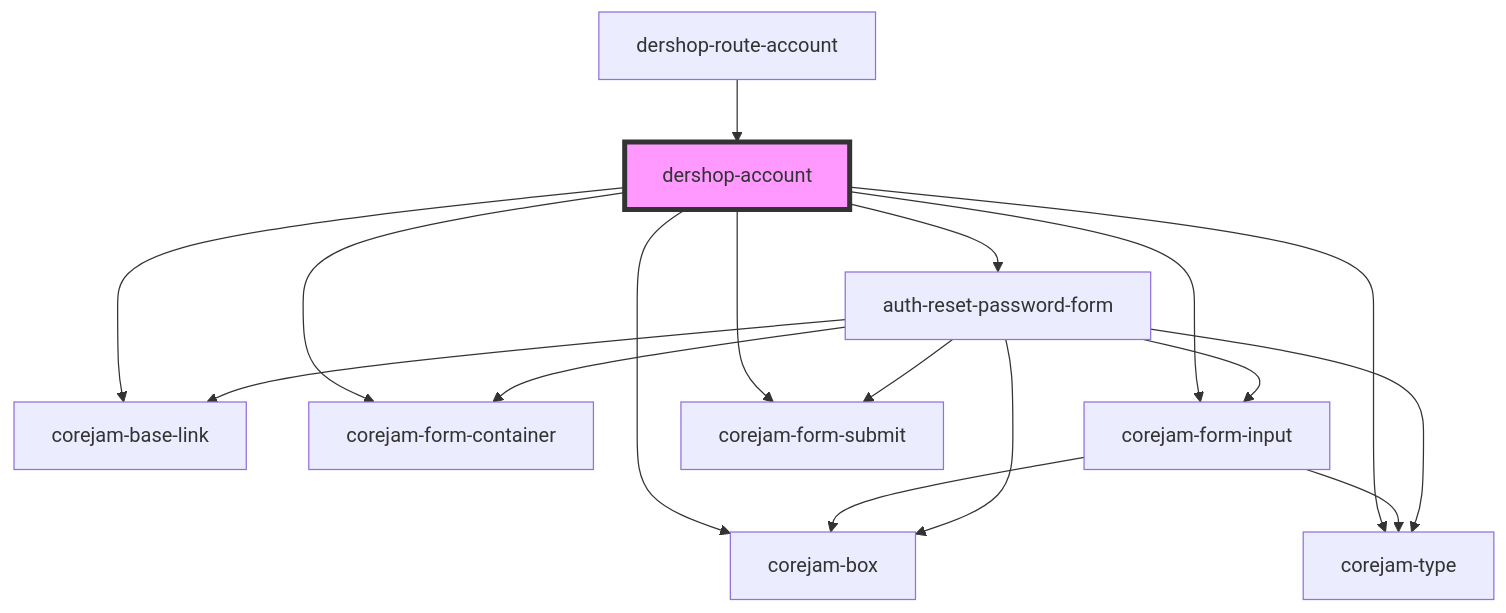
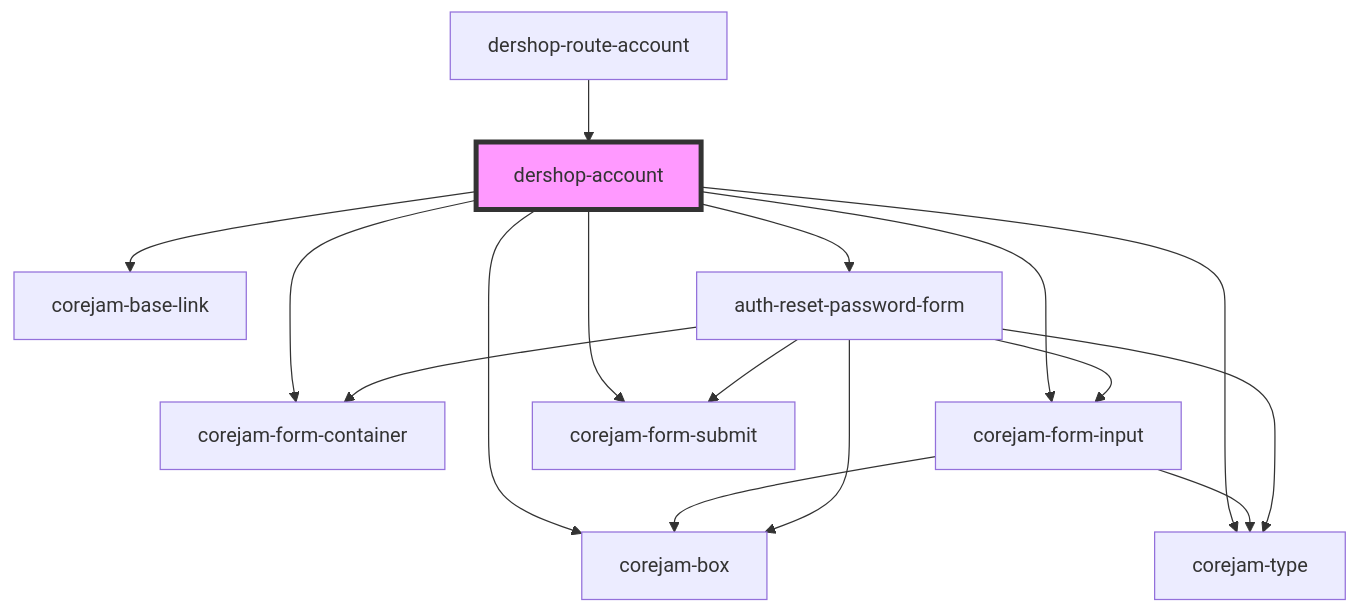
The diagram in packages/dershop/app/components/dershop-account/readme.md (corejam/corejam), drawn with Mermaid before and after one commit. The commit also changed 43 other files, not shown here.

````diff
--- a/packages/dershop/app/components/dershop-account/readme.md
+++ b/packages/dershop/app/components/dershop-account/readme.md
@@ -25,20 +25,19 @@
 ```mermaid
 graph TD;
   dershop-account --> corejam-box
   dershop-account --> corejam-type
+  dershop-account --> corejam-form-container
   dershop-account --> corejam-base-link
-  dershop-account --> corejam-form-container
   dershop-account --> corejam-form-input
   dershop-account --> corejam-form-submit
   dershop-account --> auth-reset-password-form
   corejam-form-input --> corejam-box
   corejam-form-input --> corejam-type
   auth-reset-password-form --> corejam-box
   auth-reset-password-form --> corejam-type
   auth-reset-password-form --> corejam-form-container
   auth-reset-password-form --> corejam-form-input
-  auth-reset-password-form --> corejam-base-link
   auth-reset-password-form --> corejam-form-submit
   dershop-route-account --> dershop-account
   style dershop-account fill:#f9f,stroke:#333,stroke-width:4px
 ```
````
